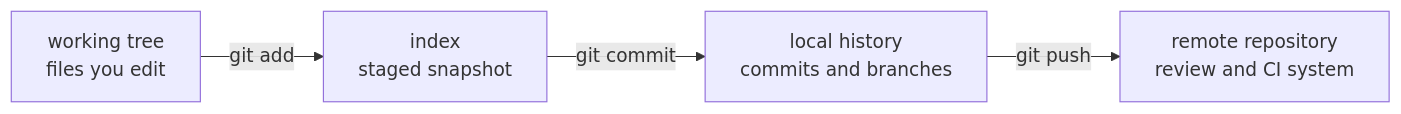
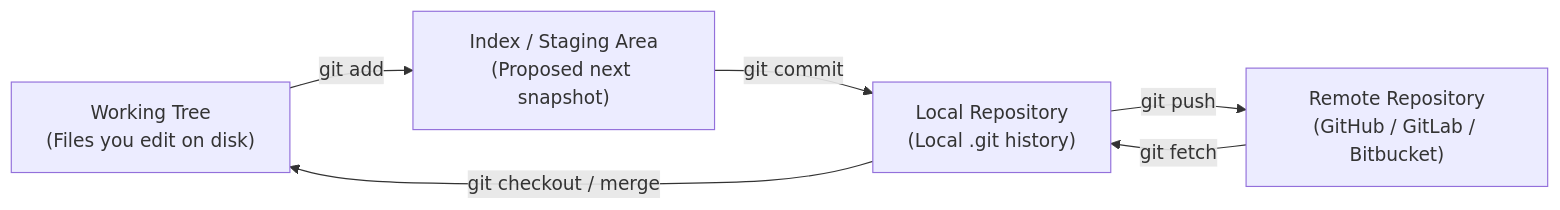
Before and after one commit to jithinpnjm/nvidia-devops: the first of 3 diagrams in docs/volume-10/17-git-for-infrastructure-and-operations.md, drawn with Mermaid. The commit also changed other lines of this file and 11 other files, not shown here.

````diff
--- a/docs/volume-10/17-git-for-infrastructure-and-operations.md
+++ b/docs/volume-10/17-git-for-infrastructure-and-operations.md
@@ -28,6 +104,8 @@
 ```mermaid
 flowchart LR
-  W["working tree\nfiles you edit"] -->|git add| I["index\nstaged snapshot"]
-  I -->|git commit| L["local history\ncommits and branches"]
-  L -->|git push| R["remote repository\nreview and CI system"]
+  W["Working Tree\n(Files you edit on disk)"] -->|git add| I["Index / Staging Area\n(Proposed next snapshot)"]
+  I -->|git commit| L["Local Repository\n(Local .git history)"]
+  L -->|git push| R["Remote Repository\n(GitHub / GitLab / Bitbucket)"]
+  R -->|git fetch| L
+  L -->|git checkout / merge| W
 ```
````
